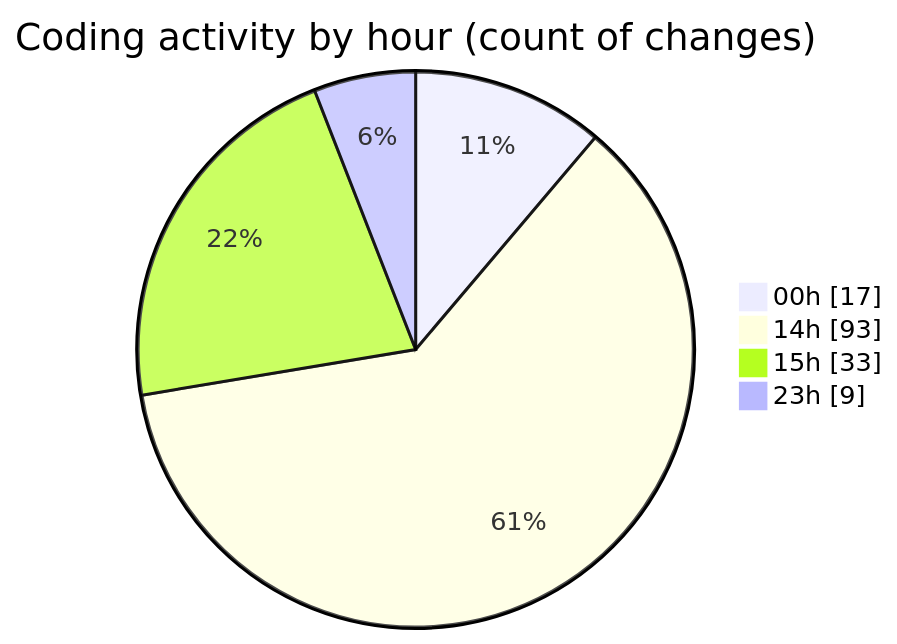
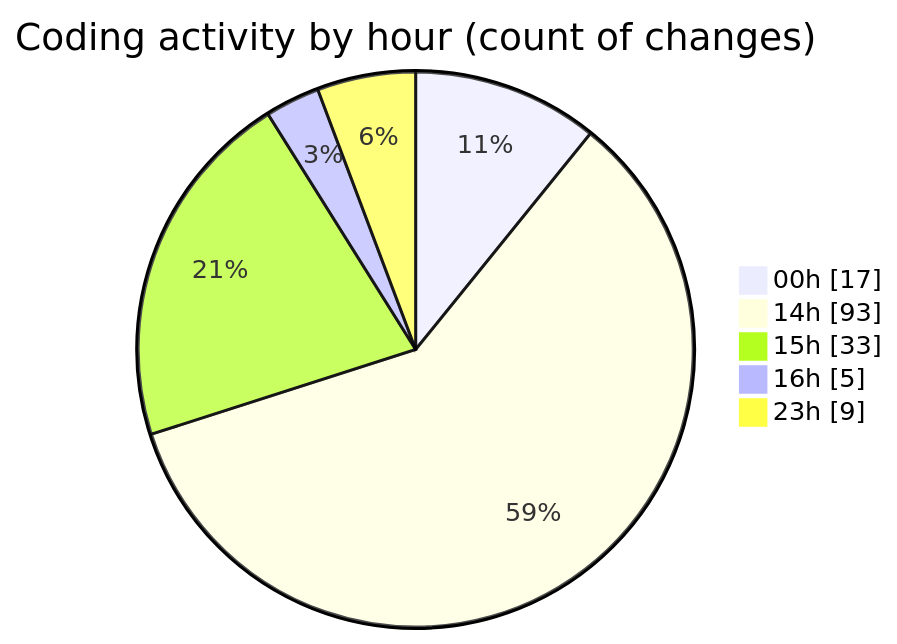
Before and after one commit to Ritupan-Deka/code-tracking: the second of 2 diagrams in 2025-07-20/mern-workoutboard/README.md, drawn with Mermaid. The commit also changed other lines of this file and 1 other file, not shown here.

````diff
--- a/2025-07-20/mern-workoutboard/README.md
+++ b/2025-07-20/mern-workoutboard/README.md
@@ -33,8 +33,9 @@
 ```mermaid
 pie showData
 title Coding activity by hour (count of changes)
 "00h" : 17
 "14h" : 93
 "15h" : 33
+"16h" : 5
 "23h" : 9
 ```
````
